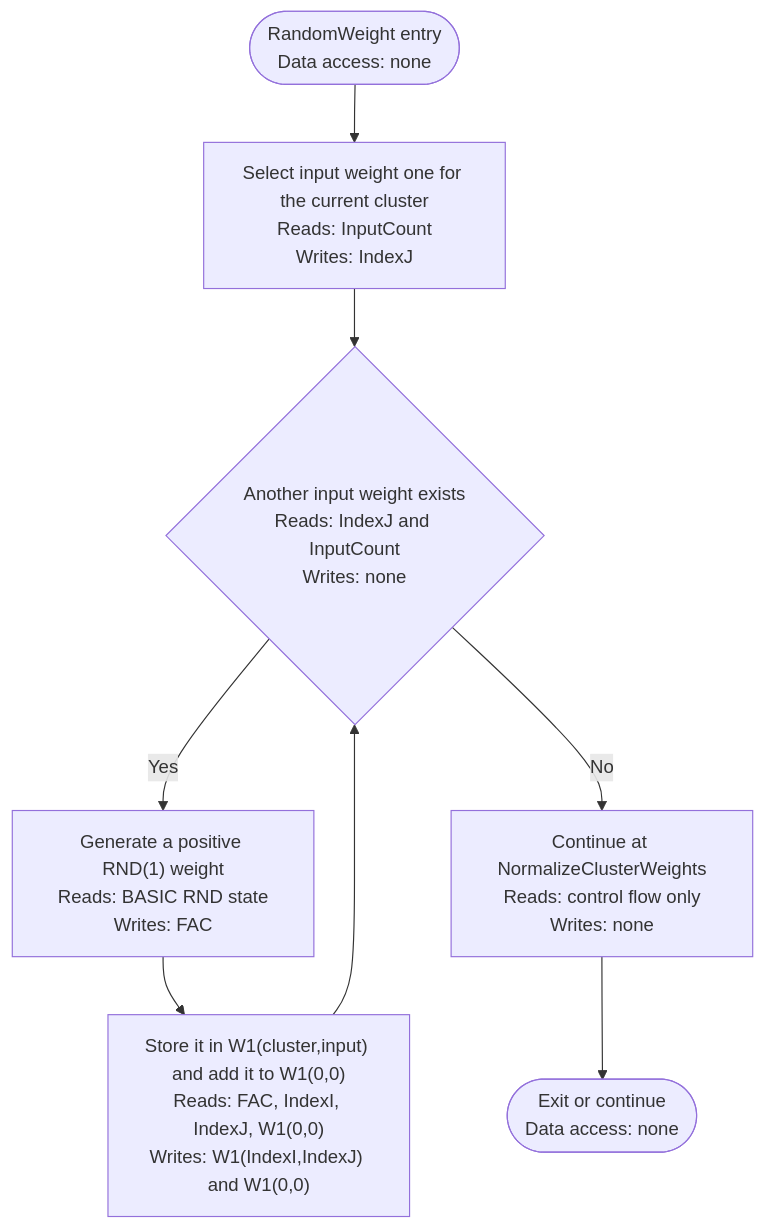
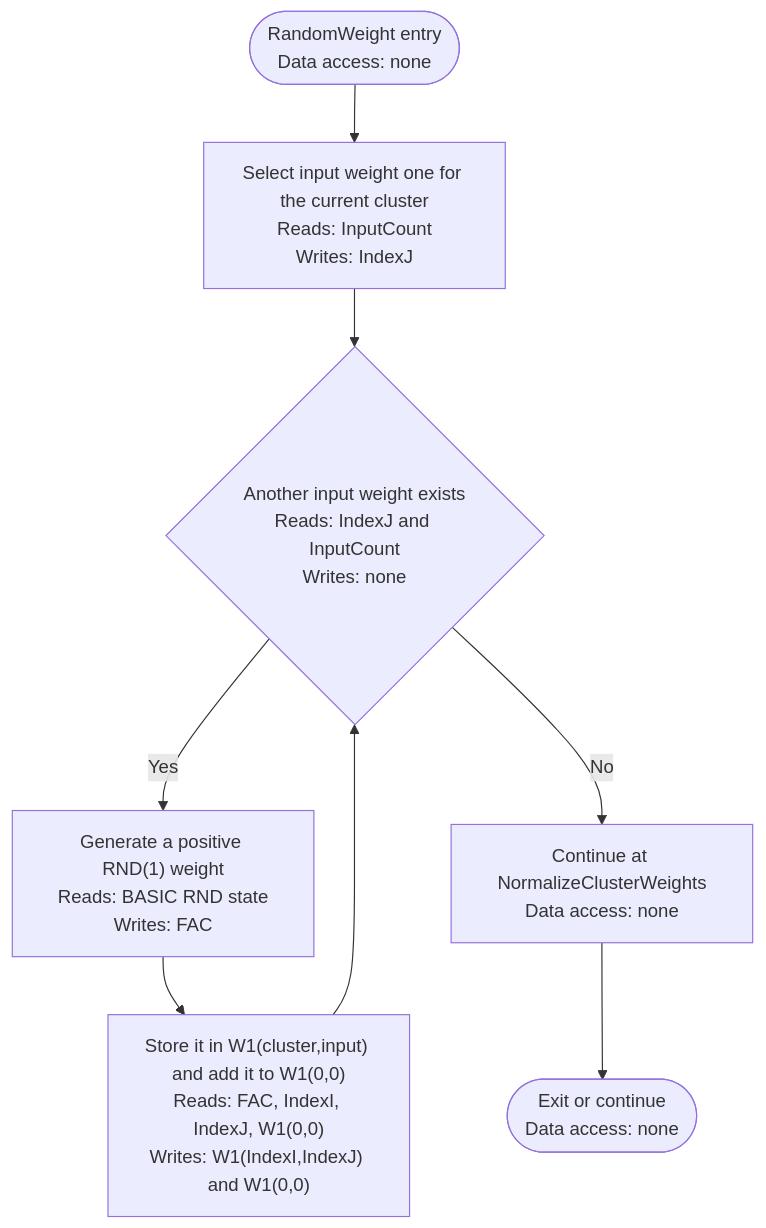
Before and after one commit to sharpninja/NeuralNetworks: diagram 13 of 44 in docs/Diagrams/CL-ML-Activity-Diagrams.md, drawn with Mermaid. The commit also changed other lines of this file and 10 other files, not shown here.

````diff
--- a/docs/Diagrams/CL-ML-Activity-Diagrams.md
+++ b/docs/Diagrams/CL-ML-Activity-Diagrams.md
@@ -316,10 +348,10 @@
 ```mermaid
 flowchart TD
     A(["RandomWeight entry<br/>Data access: none"]) --> B["Select input weight one for the current cluster<br/>Reads: InputCount<br/>Writes: IndexJ"]
     B --> C{"Another input weight exists<br/>Reads: IndexJ and InputCount<br/>Writes: none"}
     C -- Yes --> D["Generate a positive RND(1) weight<br/>Reads: BASIC RND state<br/>Writes: FAC"]
     D --> E["Store it in W1(cluster,input) and add it to W1(0,0)<br/>Reads: FAC, IndexI, IndexJ, W1(0,0)<br/>Writes: W1(IndexI,IndexJ) and W1(0,0)"]
     E --> C
-    C -- No --> F["Continue at NormalizeClusterWeights<br/>Reads: control flow only<br/>Writes: none"]
+    C -- No --> F["Continue at NormalizeClusterWeights<br/>Data access: none"]
     F --> Z(["Exit or continue<br/>Data access: none"])
 ```
````
